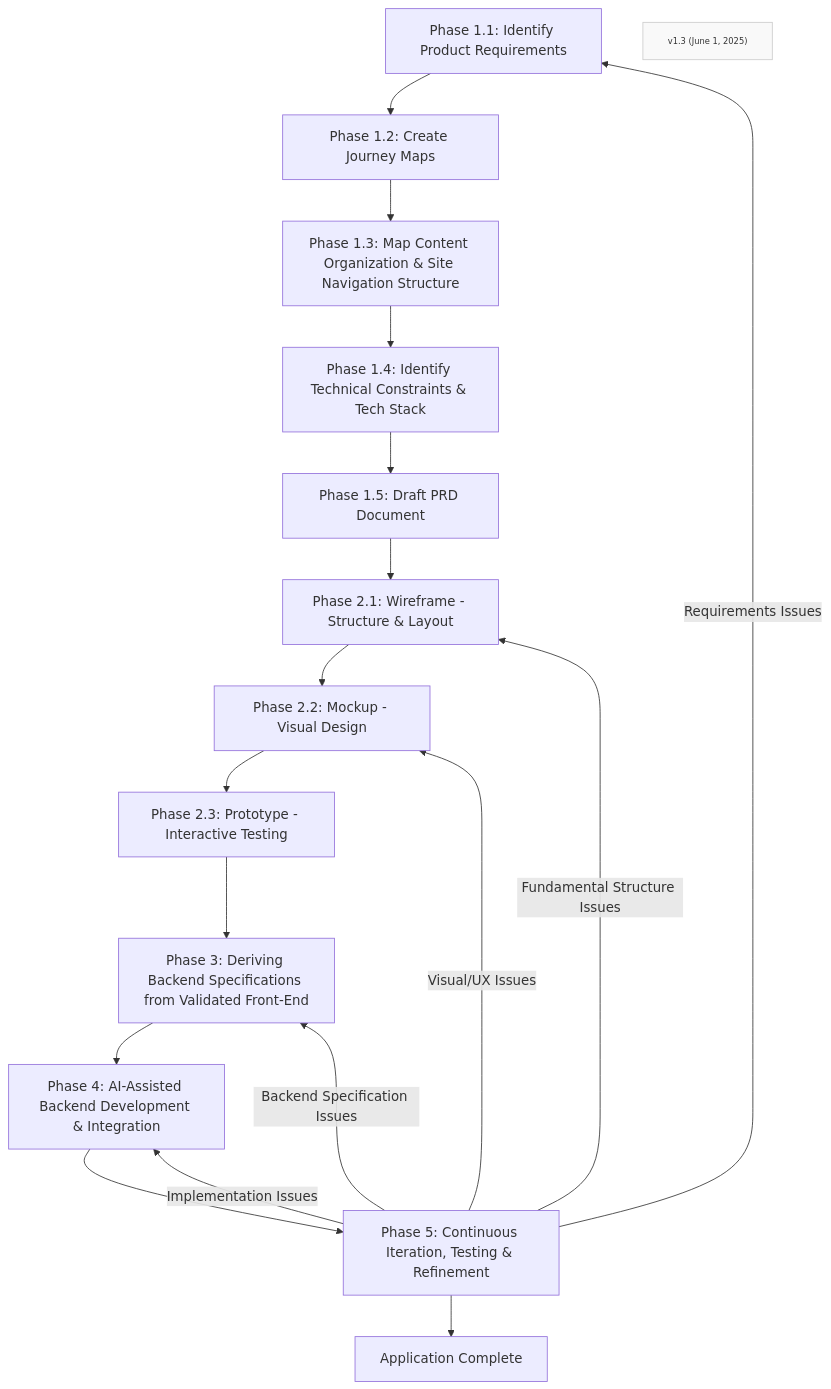
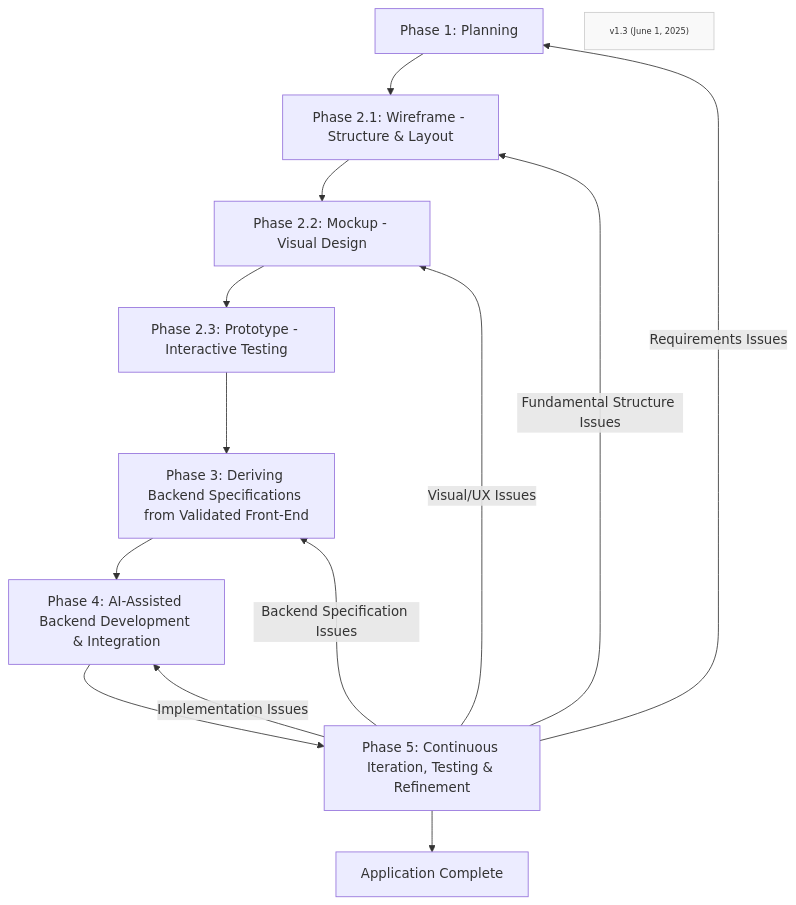
The diagram in Method/FF-overview.md (Mharbulous/Front-First-Method), drawn with Mermaid before and after one commit.

Commit message:
Consolidated Phase 1 into single node

````diff
--- a/Method/FF-overview.md
+++ b/Method/FF-overview.md
@@ -1,25 +1,21 @@
 ```mermaid
 graph TD
-    Phase1_1["Phase 1.1: Identify Product Requirements"] --> Phase1_2["Phase 1.2: Create Journey Maps"]
-    Phase1_2 --> Phase1_3["Phase 1.3: Map Content Organization & Site Navigation Structure"]
-    Phase1_3 --> Phase1_4["Phase 1.4: Identify Technical Constraints & Tech Stack"]
-    Phase1_4 --> Phase1_5["Phase 1.5: Draft PRD Document"]
-    Phase1_5 --> Phase2_1["Phase 2.1: Wireframe - Structure & Layout"]
+Phase1["Phase 1: Planning"] --> Phase2_1["Phase 2.1: Wireframe - Structure & Layout"]
     Phase2_1 --> Phase2_2["Phase 2.2: Mockup - Visual Design"]
     Phase2_2 --> Phase2_3["Phase 2.3: Prototype - Interactive Testing"]
     Phase2_3 --> Phase3["Phase 3: Deriving Backend Specifications from Validated Front-End"]
     Phase3 --> Phase4["Phase 4: AI-Assisted Backend Development & Integration"]
     Phase4 --> Phase5["Phase 5: Continuous Iteration, Testing & Refinement"]
     Phase5 --> F["Application Complete"]
     
     Phase5 -->|Implementation Issues| Phase4
     Phase5 -->|Backend Specification Issues| Phase3
     Phase5 -->|Visual/UX Issues| Phase2_2
     Phase5 -->|Fundamental Structure Issues| Phase2_1
-    Phase5 -->|Requirements Issues| Phase1_1
+Phase5 -->|Requirements Issues| Phase1
     
     Version["v1.3 (June 1, 2025)"]
     
     classDef version fill:#f9f9f9,stroke:#ccc,font-size:10px
     class Version version
 ```
````
